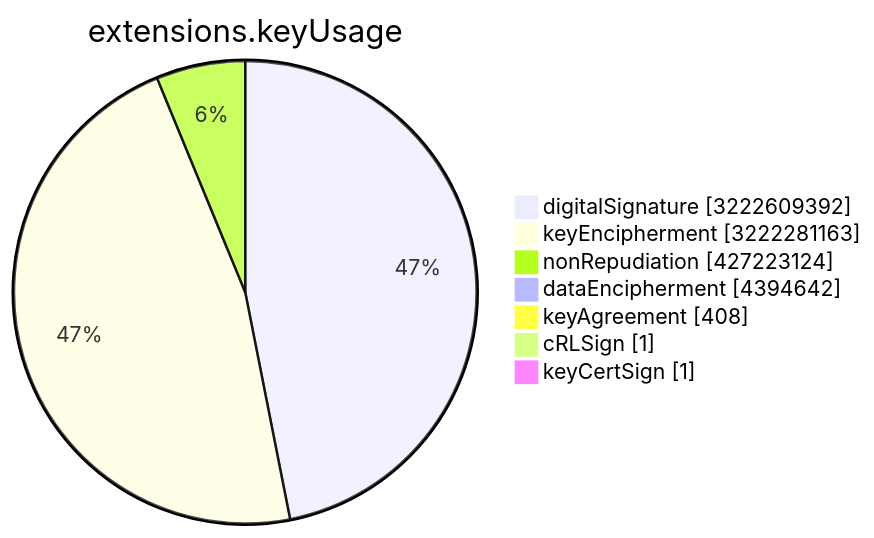
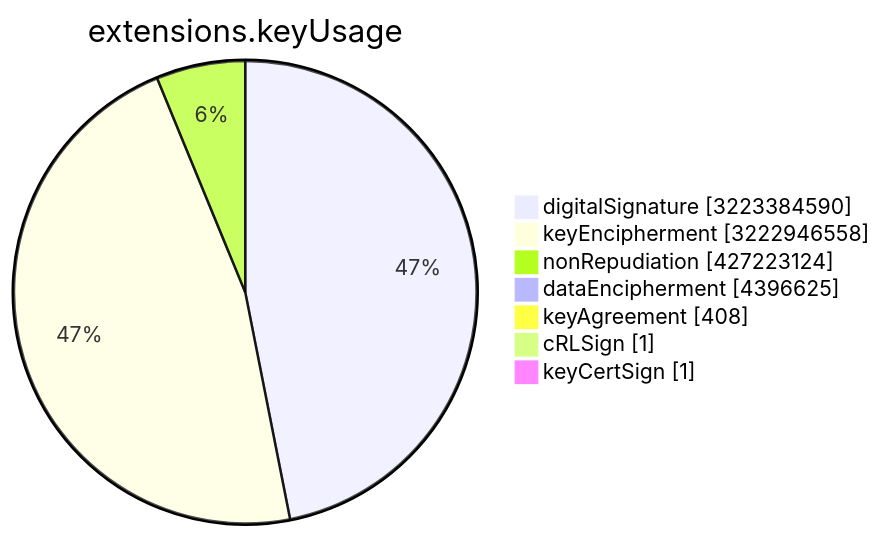
One commit to christiankrug/ctmonitor_visualization changed the sixth of 15 diagrams in TOTAL/README.md. Above: the diagram before and after it, drawn with Mermaid. The commit also changed other lines of this file, not shown here.

````diff
--- a/TOTAL/README.md
+++ b/TOTAL/README.md
@@ -3077,11 +3077,11 @@
 ```mermaid
 pie showData
 title extensions.keyUsage
-"digitalSignature" :3222609392
-"keyEncipherment" :3222281163
+"digitalSignature" :3223384590
+"keyEncipherment" :3222946558
 "nonRepudiation" :427223124
-"dataEncipherment" :4394642
+"dataEncipherment" :4396625
 "keyAgreement" :408
 "cRLSign" :1
 "keyCertSign" :1
 ```
````
